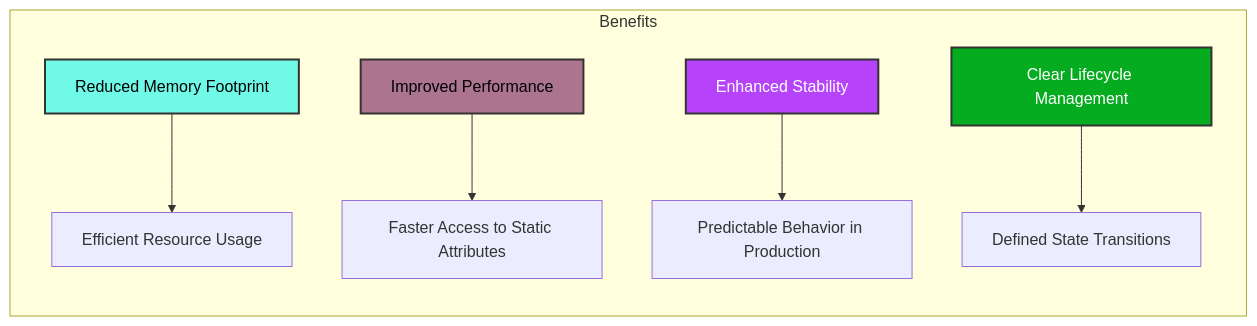
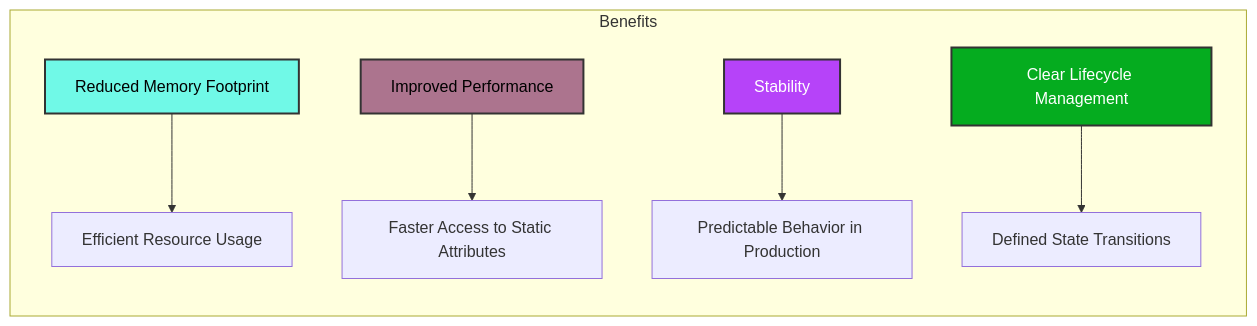
Before and after one commit to ikko/sym: the diagram in docs/readme_details/6_memory_aware_maturing/maturing_process_3.mmd, drawn with Mermaid. The commit also changed 7 other files, not shown here.

```diff
--- a/docs/readme_details/6_memory_aware_maturing/maturing_process_3.mmd
+++ b/docs/readme_details/6_memory_aware_maturing/maturing_process_3.mmd
@@ -1,13 +1,13 @@
 graph LR
 
     subgraph "Benefits"
         P[Reduced Memory Footprint] --> Q[Efficient Resource Usage];
         R[Improved Performance] --> S[Faster Access to Static Attributes];
-        T[Enhanced Stability] --> U[Predictable Behavior in Production];
+        T[Stability] --> U[Predictable Behavior in Production];
         V[Clear Lifecycle Management] --> W[Defined State Transitions];
     end
 
     style P fill:#70f9e7,stroke:#333,stroke-width:2px,color:#000000;
     style R fill:#ac748e,stroke:#333,stroke-width:2px,color:#000000;
     style T fill:#b643f9,stroke:#333,stroke-width:2px,color:#FFFFFF;
     style V fill:#05ac1f,stroke:#333,stroke-width:2px,color:#FFFFFF;
```
